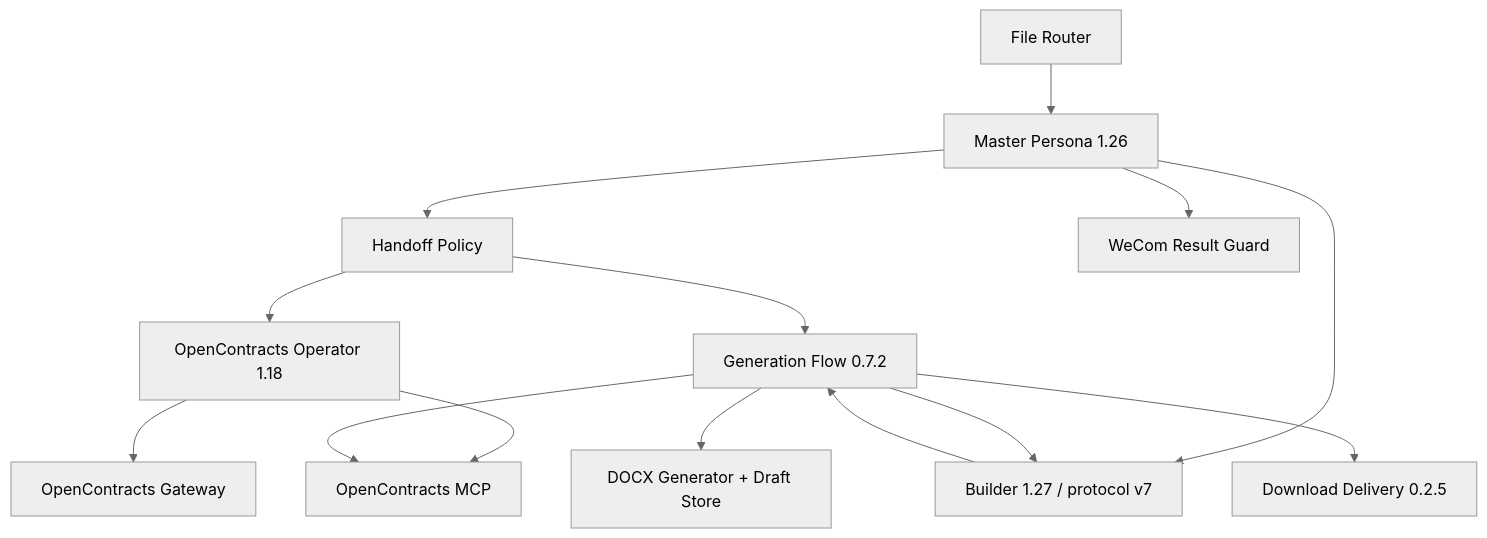
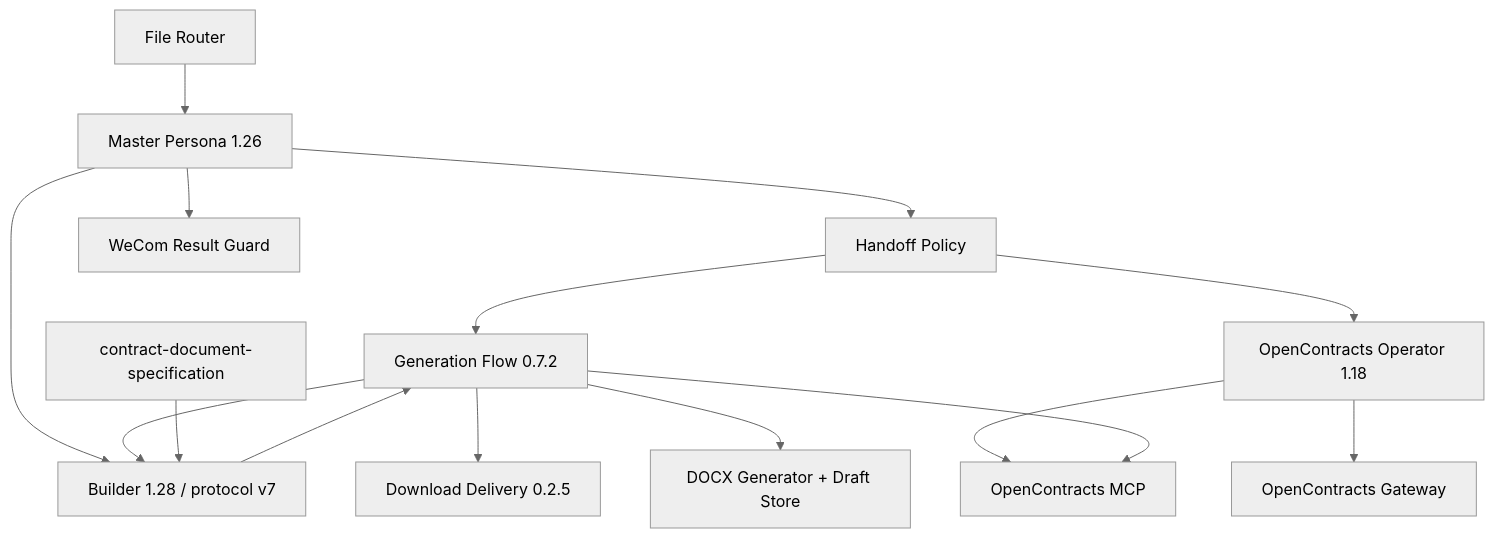
The second of 2 diagrams in docs/architecture/system-context.md (Ri0n72Y/ContractBotConfig), drawn with Mermaid (neutral theme) before and after one commit. The commit also changed other lines of this file, not shown here.

Commit message:
Add document specification to architecture

````diff
--- a/docs/architecture/system-context.md
+++ b/docs/architecture/system-context.md
@@ -26,26 +26,28 @@
 ```mermaid
 flowchart TB
     Router[File Router]
     Master[Master Persona 1.26]
     Handoff[Handoff Policy]
     Operator[OpenContracts Operator 1.18]
     Gateway[OpenContracts Gateway]
     MCP[OpenContracts MCP]
-    Builder[Builder 1.27 / protocol v7]
+    Builder[Builder 1.28 / protocol v7]
+    DocSpec[contract-document-specification]
     Flow[Generation Flow 0.7.2]
     Generator[DOCX Generator + Draft Store]
     Delivery[Download Delivery 0.2.5]
     Guard[WeCom Result Guard]
 
     Router --> Master
     Master --> Handoff --> Operator
     Operator --> MCP
     Operator --> Gateway
     Master --> Builder
     Handoff --> Flow --> Builder
+    DocSpec --> Builder
     Builder --> Flow
     Flow --> MCP
     Flow --> Generator
     Flow --> Delivery
     Master --> Guard
 ```
````
